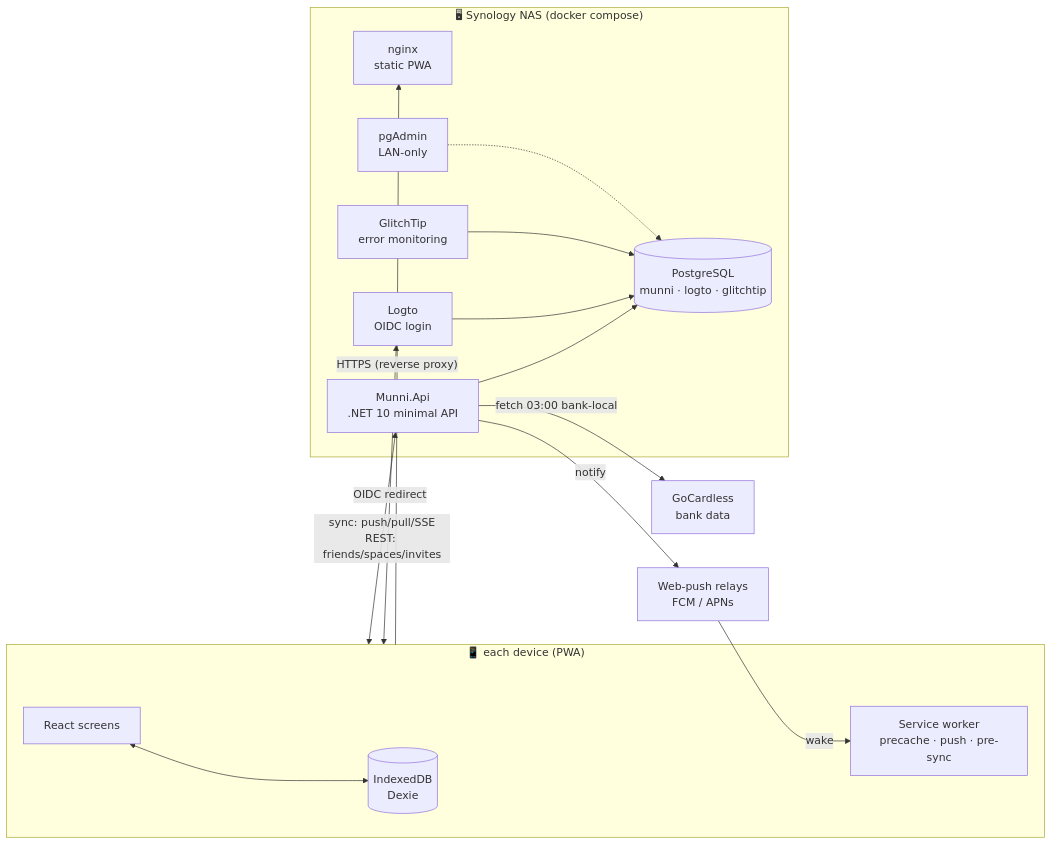
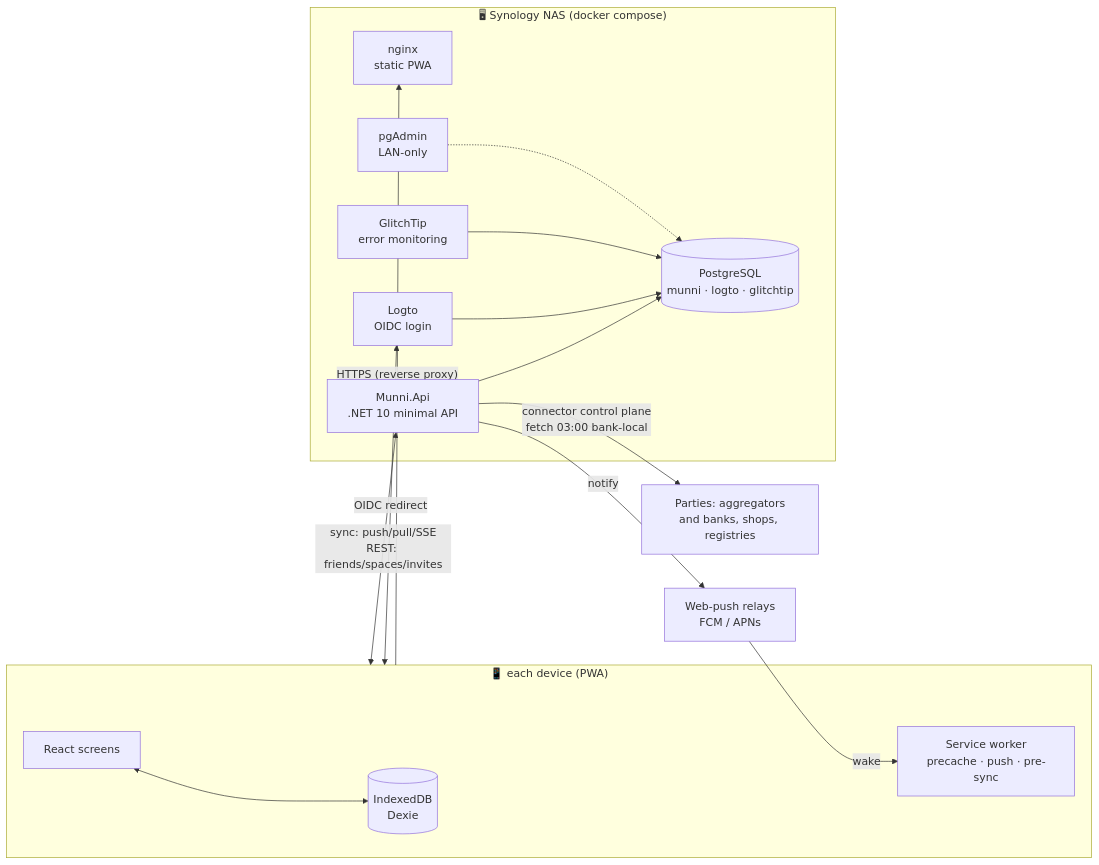
One commit to okkes/munnimok changed the first of 12 diagrams in docs/architecture.md. Above: the diagram before and after it, drawn with Mermaid. The commit also changed other lines of this file and 3 other files, not shown here.

First line of the commit message:
docs: O4 in the delivery log; the bank data path through the platform

````diff
--- a/docs/architecture.md
+++ b/docs/architecture.md
@@ -16,31 +16,31 @@
 ```mermaid
 flowchart LR
     subgraph Device["📱 each device (PWA)"]
         UI[React screens]
         IDB[(IndexedDB<br/>Dexie)]
         SW[Service worker<br/>precache · push · pre-sync]
         UI <--> IDB
     end
 
     subgraph NAS["🖥 Synology NAS (docker compose)"]
         WEB[nginx<br/>static PWA]
         API[Munni.Api<br/>.NET 10 minimal API]
         PG[(PostgreSQL<br/>munni · logto · glitchtip)]
         LOGTO[Logto<br/>OIDC login]
         GT[GlitchTip<br/>error monitoring]
         PGA[pgAdmin<br/>LAN-only]
         API --> PG
         LOGTO --> PG
         GT --> PG
         PGA -.-> PG
     end
 
-    GC[GoCardless<br/>bank data]
+    GC[Parties: aggregators<br/>and banks, shops, registries]
     PUSHSVC[Web-push relays<br/>FCM / APNs]
 
     Device -- "HTTPS (reverse proxy)" --> WEB
     Device <-- "sync: push/pull/SSE<br/>REST: friends/spaces/invites" --> API
     Device <-- "OIDC redirect" --> LOGTO
-    API -- "fetch 03:00 bank-local" --> GC
+    API -- "connector control plane<br/>fetch 03:00 bank-local" --> GC
     API -- "notify" --> PUSHSVC -- "wake" --> SW
 ```
````
